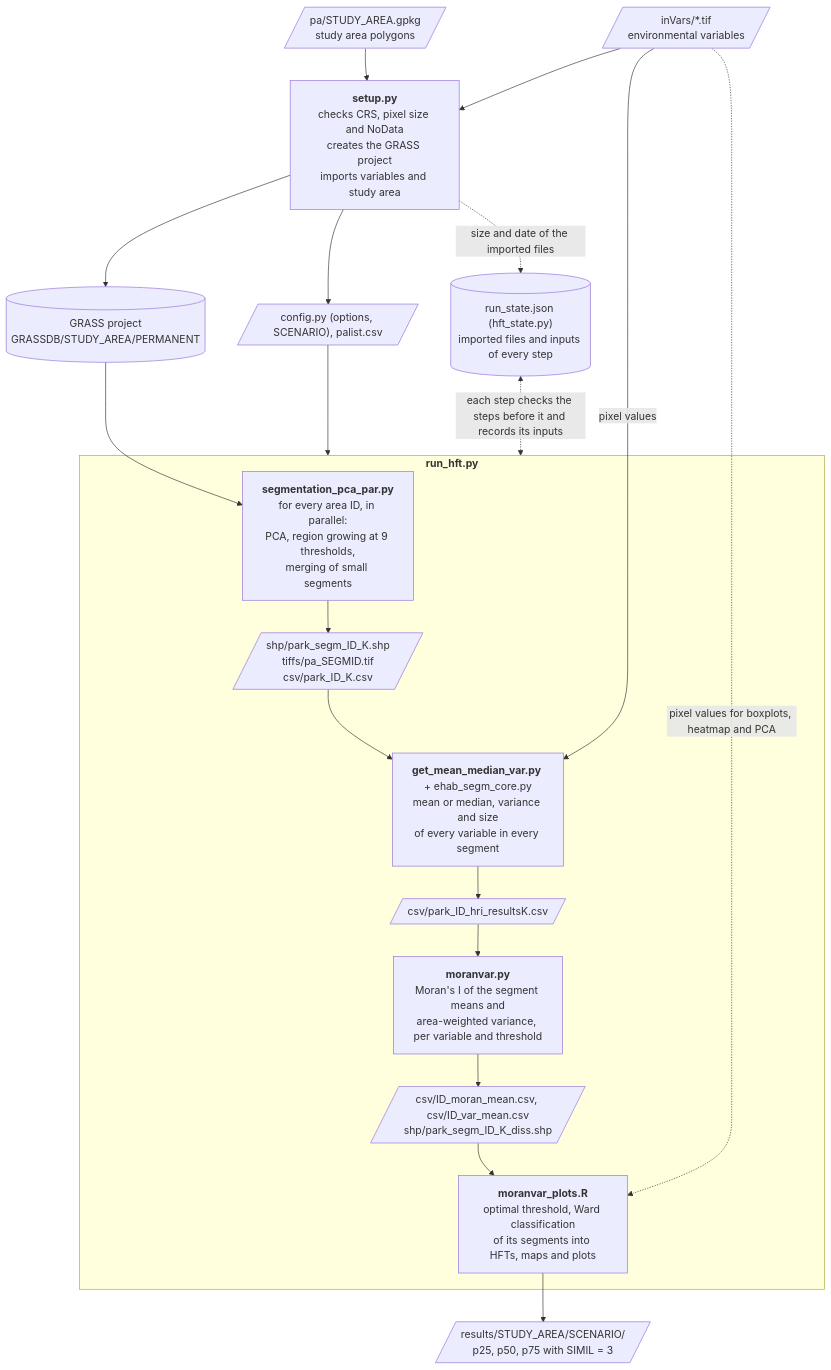
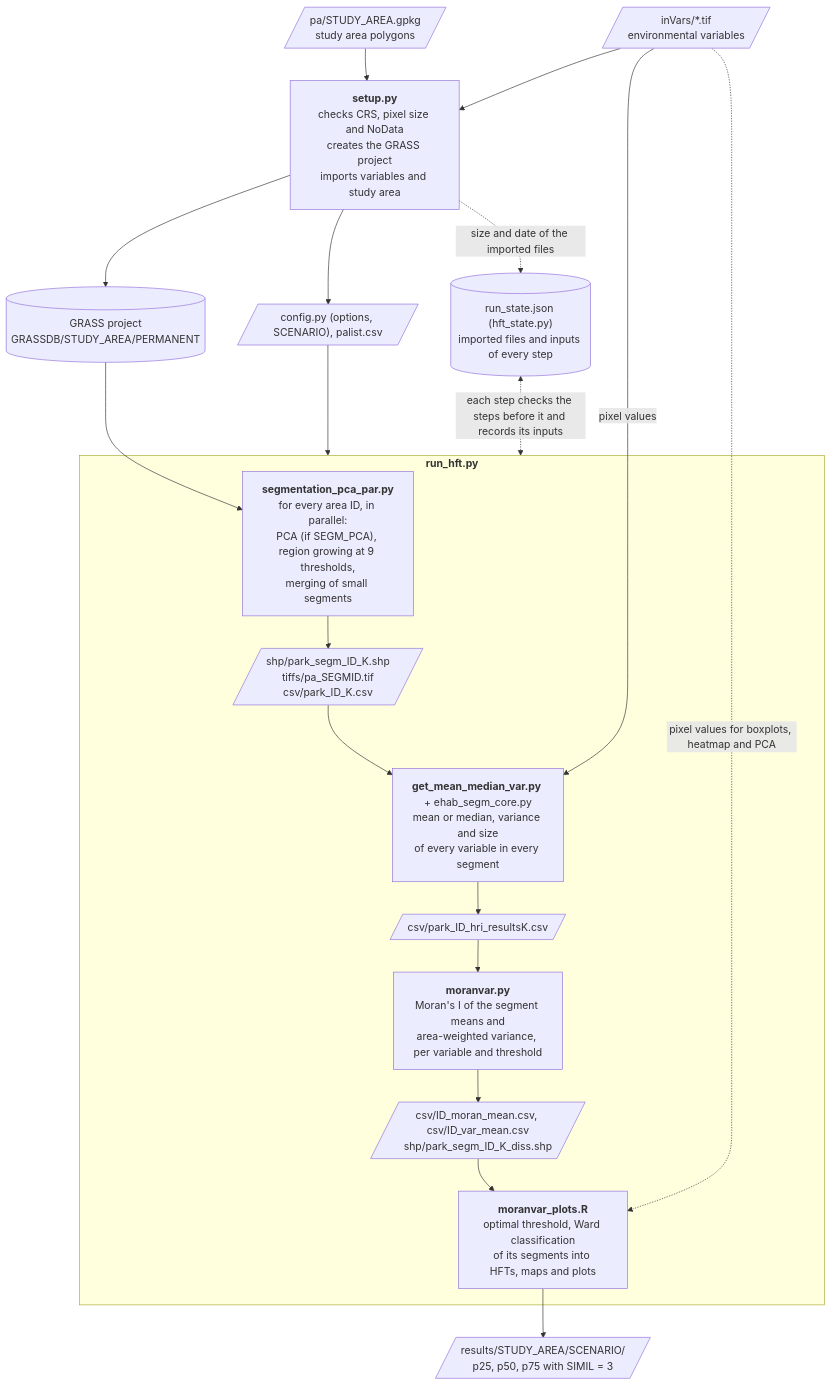
One commit to javimarlop/eHabpy changed the first of 2 diagrams in README.md. Above: the diagram before and after it, drawn with Mermaid. The commit also changed other lines of this file and 4 other files, not shown here.

First line of the commit message:
Add SEGM_PCA option to segment the variables without PCA

````diff
--- a/README.md
+++ b/README.md
@@ -1062,32 +1078,32 @@
 ```mermaid
 flowchart TD
     IN1[/"inVars/*.tif<br>environmental variables"/]
     IN2[/"pa/STUDY_AREA.gpkg<br>study area polygons"/]
     SETUP["<b>setup.py</b><br>checks CRS, pixel size and NoData<br>creates the GRASS project<br>imports variables and study area"]
     GDB[("GRASS project<br>GRASSDB/STUDY_AREA/PERMANENT")]
     CFG[/"config.py (options, SCENARIO), palist.csv"/]
     STATE[("run_state.json (hft_state.py)<br>imported files and inputs of every step")]
     subgraph RUN ["<b>run_hft.py</b>"]
-        SEG["<b>segmentation_pca_par.py</b><br>for every area ID, in parallel:<br>PCA, region growing at 9 thresholds,<br>merging of small segments"]
+        SEG["<b>segmentation_pca_par.py</b><br>for every area ID, in parallel:<br>PCA (if SEGM_PCA), region growing at 9 thresholds,<br>merging of small segments"]
         SEGOUT[/"shp/park_segm_ID_K.shp<br>tiffs/pa_SEGMID.tif<br>csv/park_ID_K.csv"/]
         STAT["<b>get_mean_median_var.py</b> + ehab_segm_core.py<br>mean or median, variance and size<br>of every variable in every segment"]
         HRI[/"csv/park_ID_hri_resultsK.csv"/]
         MOR["<b>moranvar.py</b><br>Moran's I of the segment means and<br>area-weighted variance, per variable and threshold"]
         MOROUT[/"csv/ID_moran_mean.csv, csv/ID_var_mean.csv<br>shp/park_segm_ID_K_diss.shp"/]
         RPLOT["<b>moranvar_plots.R</b><br>optimal threshold, Ward classification<br>of its segments into HFTs, maps and plots"]
         SEG --> SEGOUT --> STAT --> HRI --> MOR --> MOROUT --> RPLOT
     end
     RES[/"results/STUDY_AREA/SCENARIO/<br>p25, p50, p75 with SIMIL = 3"/]
 
     IN1 --> SETUP
     IN2 --> SETUP
     SETUP --> GDB
     SETUP --> CFG
     SETUP -. "size and date of the imported files" .-> STATE
     GDB --> SEG
     CFG --> RUN
     STATE <-. "each step checks the steps before it and records its inputs" .-> RUN
     IN1 -- pixel values --> STAT
     IN1 -. pixel values for boxplots, heatmap and PCA .-> RPLOT
     RPLOT --> RES
 ```
````
